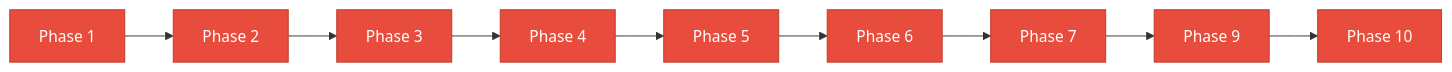
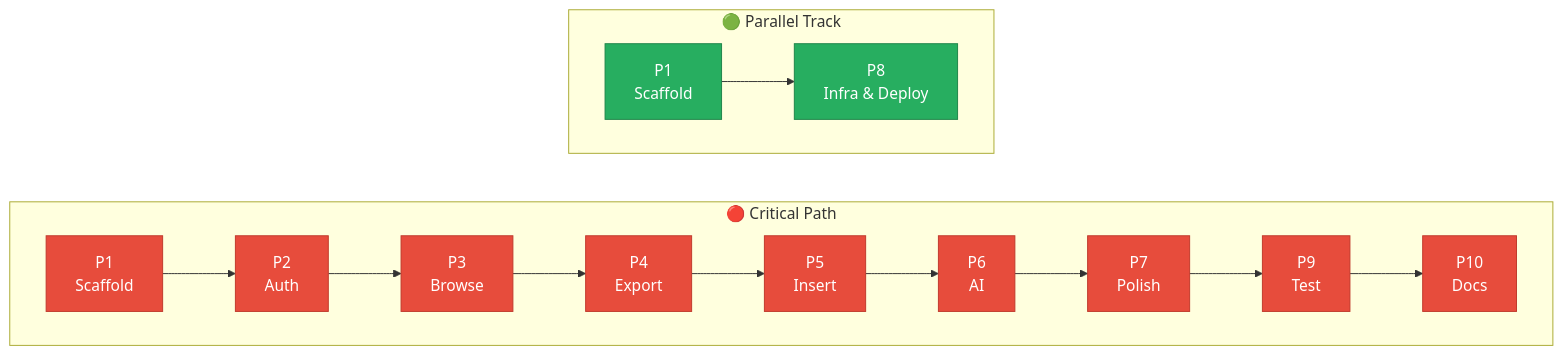
The second of 4 diagrams in docs/dependencies.md (fredgis/OfficeAddin), drawn with Mermaid before and after one commit. The commit also changed other lines of this file and 1 other file, not shown here.

First line of the commit message:
docs: enhance Mermaid diagrams with colors and fix broken charts

````diff
--- a/docs/dependencies.md
+++ b/docs/dependencies.md
@@ -43,14 +43,24 @@
 ```mermaid
 graph LR
-    CP1["Phase 1"] --> CP2["Phase 2"] --> CP3["Phase 3"] --> CP4["Phase 4"] --> CP5["Phase 5"] --> CP6["Phase 6"] --> CP7["Phase 7"] --> CP9["Phase 9"] --> CP10["Phase 10"]
+    subgraph Critical["🔴 Critical Path"]
+        direction LR
+        CP1["P1<br/>Scaffold"] --> CP2["P2<br/>Auth"] --> CP3["P3<br/>Browse"] --> CP4["P4<br/>Export"] --> CP5["P5<br/>Insert"] --> CP6["P6<br/>AI"] --> CP7["P7<br/>Polish"] --> CP9["P9<br/>Test"] --> CP10["P10<br/>Docs"]
+    end
+
+    subgraph Parallel["🟢 Parallel Track"]
+        direction LR
+        PP1["P1<br/>Scaffold"] --> PP8["P8<br/>Infra & Deploy"]
+    end
 
     style CP1 fill:#E74C3C,stroke:#C0392B,color:#fff
     style CP2 fill:#E74C3C,stroke:#C0392B,color:#fff
     style CP3 fill:#E74C3C,stroke:#C0392B,color:#fff
     style CP4 fill:#E74C3C,stroke:#C0392B,color:#fff
     style CP5 fill:#E74C3C,stroke:#C0392B,color:#fff
     style CP6 fill:#E74C3C,stroke:#C0392B,color:#fff
     style CP7 fill:#E74C3C,stroke:#C0392B,color:#fff
     style CP9 fill:#E74C3C,stroke:#C0392B,color:#fff
     style CP10 fill:#E74C3C,stroke:#C0392B,color:#fff
+    style PP1 fill:#27AE60,stroke:#1E8449,color:#fff
+    style PP8 fill:#27AE60,stroke:#1E8449,color:#fff
 ```
````
